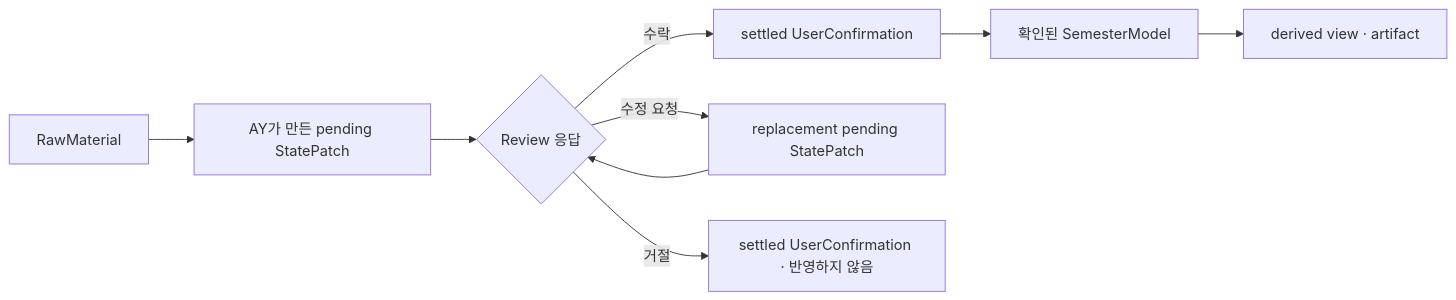
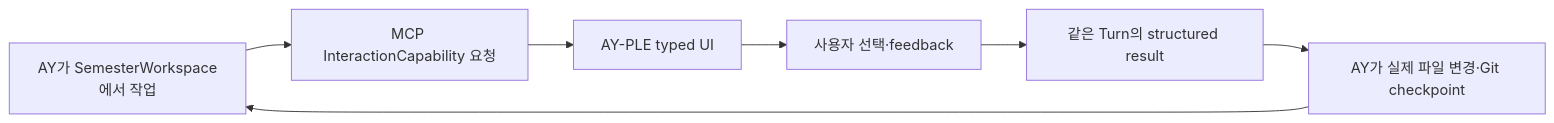
One commit to Mureung1/hub-showcase changed the diagram in docs/product/ay-ple-product-brief.md. Above: the diagram before and after it, drawn with Mermaid. The commit also changed other lines of this file and 19 other files, not shown here.

````diff
--- a/docs/product/ay-ple-product-brief.md
+++ b/docs/product/ay-ple-product-brief.md
@@ -118,11 +23,9 @@
 ```mermaid
 flowchart LR
-    A["RawMaterial"] --> B["AY가 만든 pending StatePatch"]
-    B --> C{"Review 응답"}
-    C -->|수락| D["settled UserConfirmation"]
-    D --> E["확인된 SemesterModel"]
-    C -->|수정 요청| F["replacement pending StatePatch"]
-    F --> C
-    C -->|거절| G["settled UserConfirmation · 반영하지 않음"]
-    E --> H["derived view · artifact"]
+    A["AY가 SemesterWorkspace에서 작업"] --> B["MCP InteractionCapability 요청"]
+    B --> C["AY-PLE typed UI"]
+    C --> D["사용자 선택·feedback"]
+    D --> E["같은 Turn의 structured result"]
+    E --> F["AY가 실제 파일 변경·Git checkpoint"]
+    F --> A
 ```
````
